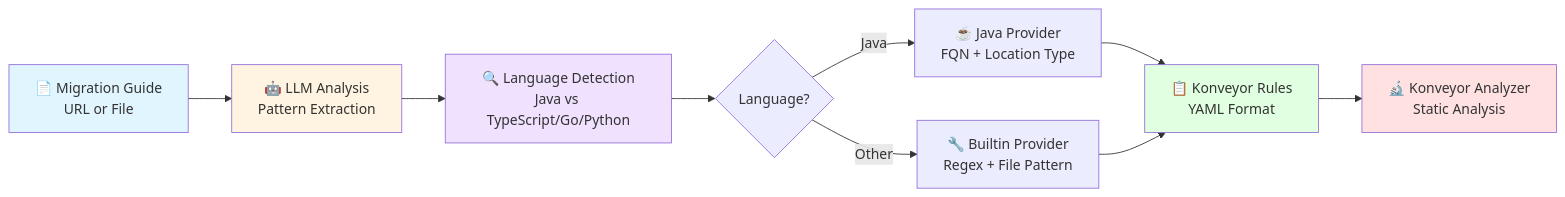
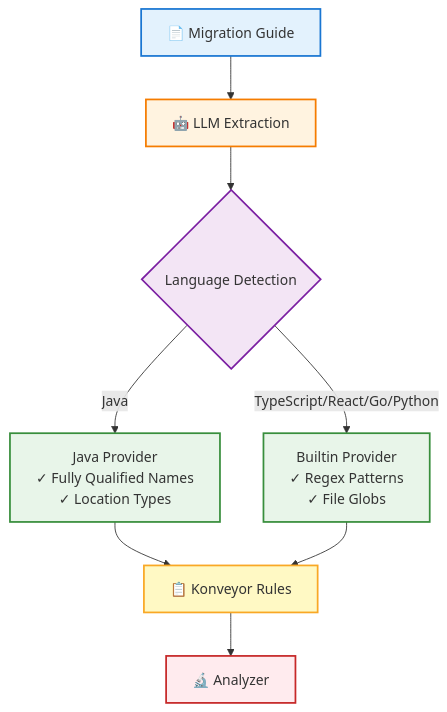
One commit to tsanders-rh/analyzer-rule-generator changed the diagram in README.md. Above: the diagram before and after it, drawn with Mermaid.

Commit message:
Improve Mermaid diagram readability
- Switch from left-right to top-down layout
- Simplify node labels and remove excessive line breaks
- Add clear borders and improve color contrast
- Make workflow flow more intuitive

🤖 Generated with [Claude Code](https://claude.com/claude-code)

````diff
--- a/README.md
+++ b/README.md
@@ -38,17 +38,20 @@
 ```mermaid
-graph LR
-    A[📄 Migration Guide<br/>URL or File] --> B[🤖 LLM Analysis<br/>Pattern Extraction]
-    B --> C[🔍 Language Detection<br/>Java vs TypeScript/Go/Python]
-    C --> D{Language?}
-    D -->|Java| E[☕ Java Provider<br/>FQN + Location Type]
-    D -->|Other| F[🔧 Builtin Provider<br/>Regex + File Pattern]
-    E --> G[📋 Konveyor Rules<br/>YAML Format]
-    F --> G
-    G --> H[🔬 Konveyor Analyzer<br/>Static Analysis]
+flowchart TD
+    A[📄 Migration Guide] --> B[🤖 LLM Extraction]
+    B --> C{Language Detection}
 
-    style A fill:#e1f5ff
-    style B fill:#fff4e1
-    style C fill:#f0e1ff
-    style G fill:#e1ffe1
-    style H fill:#ffe1e1
+    C -->|Java| D[Java Provider<br/>✓ Fully Qualified Names<br/>✓ Location Types]
+    C -->|TypeScript/React/Go/Python| E[Builtin Provider<br/>✓ Regex Patterns<br/>✓ File Globs]
+
+    D --> F[📋 Konveyor Rules]
+    E --> F
+    F --> G[🔬 Analyzer]
+
+    style A fill:#e3f2fd,stroke:#1976d2,stroke-width:2px
+    style B fill:#fff3e0,stroke:#f57c00,stroke-width:2px
+    style C fill:#f3e5f5,stroke:#7b1fa2,stroke-width:2px
+    style D fill:#e8f5e9,stroke:#388e3c,stroke-width:2px
+    style E fill:#e8f5e9,stroke:#388e3c,stroke-width:2px
+    style F fill:#fff9c4,stroke:#f9a825,stroke-width:2px
+    style G fill:#ffebee,stroke:#c62828,stroke-width:2px
 ```
````
